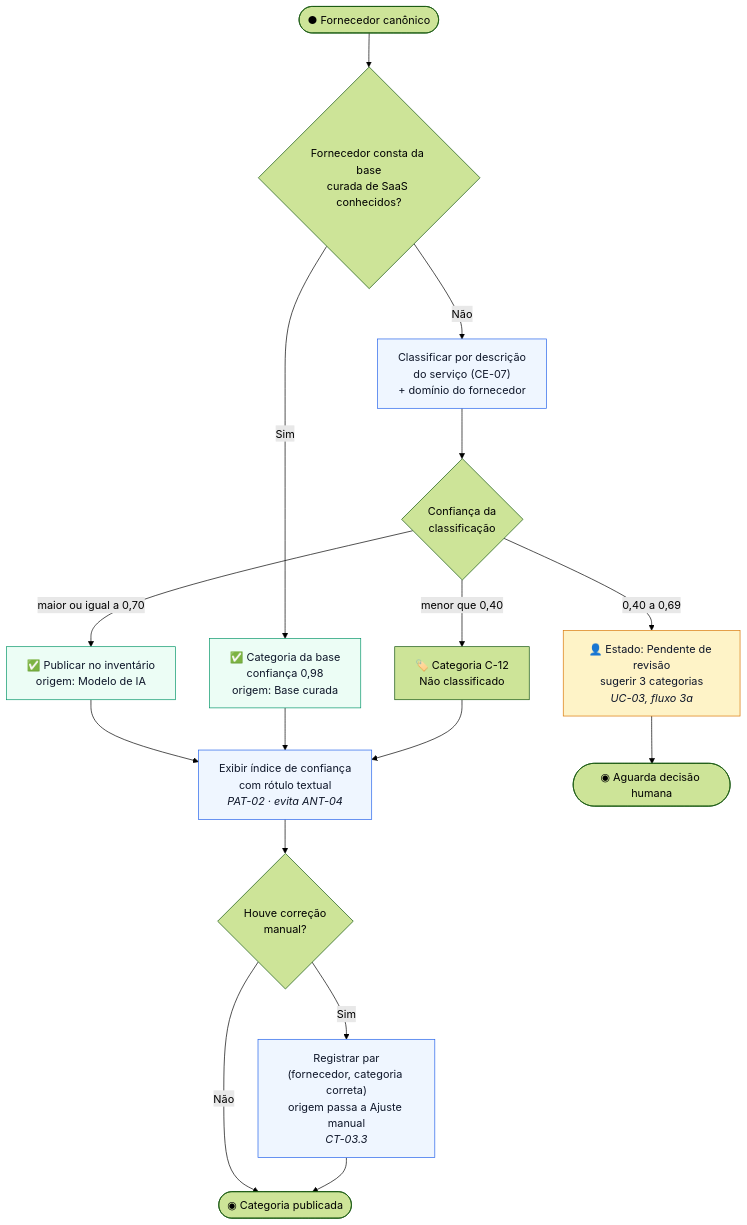
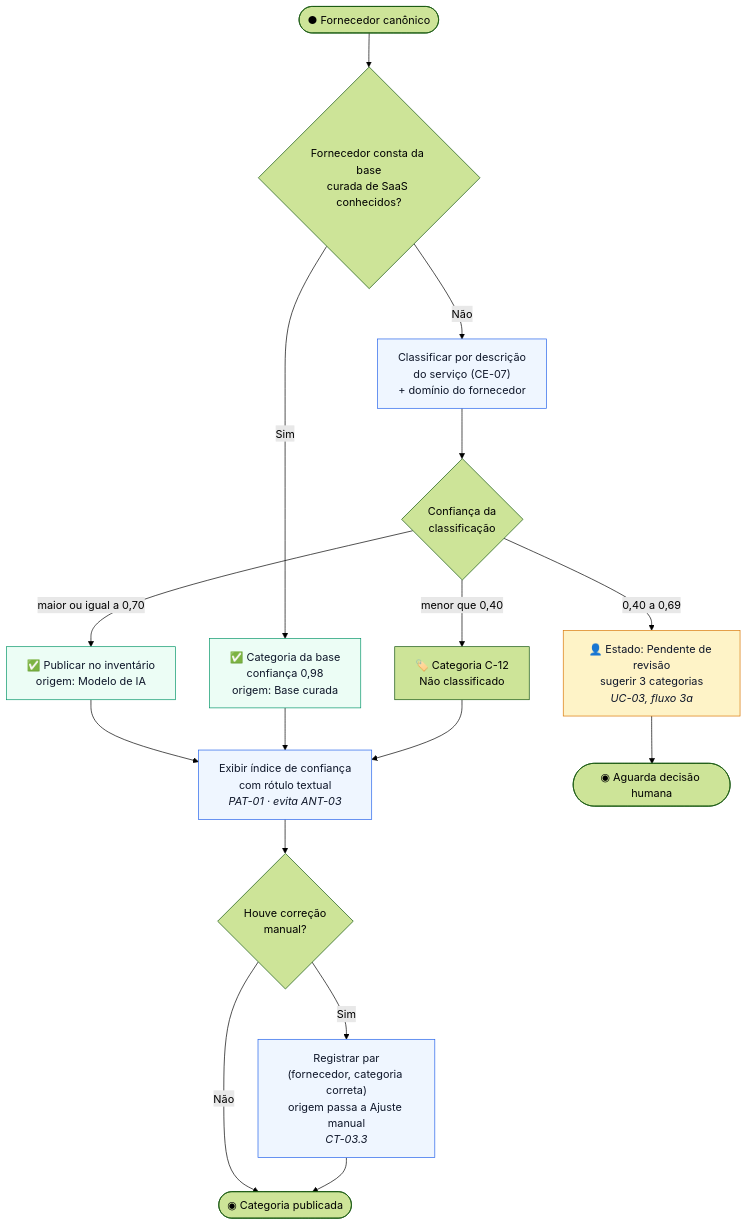
The third of 5 diagrams in semana-04/entregavel-01-fluxogramas-motor-ia-algoritmo-consolidacao.md (ES-2026-2/PS), drawn with Mermaid (forest theme) before and after one commit. The commit also changed other lines of this file and 1 other file, not shown here.

Commit message:
Semana 4

````diff
--- a/semana-04/entregavel-01-fluxogramas-motor-ia-algoritmo-consolidacao.md
+++ b/semana-04/entregavel-01-fluxogramas-motor-ia-algoritmo-consolidacao.md
@@ -138,27 +138,27 @@
 ```mermaid
 flowchart TD
     A(["● Fornecedor canônico"]) --> B{"Fornecedor consta da base<br/>curada de SaaS conhecidos?"}
     B -->|"Sim"| C["✅ Categoria da base<br/>confiança 0,98<br/>origem: Base curada"]
     B -->|"Não"| D["Classificar por descrição<br/>do serviço (CE-07)<br/>+ domínio do fornecedor"]
     D --> E{"Confiança da<br/>classificação"}
     E -->|"maior ou igual a 0,70"| F["✅ Publicar no inventário<br/>origem: Modelo de IA"]
     E -->|"0,40 a 0,69"| G["👤 Estado: Pendente de revisão<br/>sugerir 3 categorias<br/><i>UC-03, fluxo 3a</i>"]
     E -->|"menor que 0,40"| H["🏷️ Categoria C-12<br/>Não classificado"]
 
-    F --> I["Exibir índice de confiança<br/>com rótulo textual<br/><i>PAT-02 · evita ANT-04</i>"]
+    F --> I["Exibir índice de confiança<br/>com rótulo textual<br/><i>PAT-01 · evita ANT-03</i>"]
     C --> I
     G --> J(["◉ Aguarda decisão humana"])
     H --> I
 
     I --> K{"Houve correção<br/>manual?"}
     K -->|"Sim"| L["Registrar par<br/>(fornecedor, categoria correta)<br/>origem passa a Ajuste manual<br/><i>CT-03.3</i>"]
     K -->|"Não"| M(["◉ Categoria publicada"])
     L --> M
 
     classDef ok fill:#ECFDF5,stroke:#059669,color:#0F172A
     classDef rev fill:#FEF3C7,stroke:#D97706,color:#0F172A
     classDef sis fill:#EFF6FF,stroke:#2563EB,color:#0F172A
     class C,F ok
     class G rev
     class D,I,L sis
 ```
````
